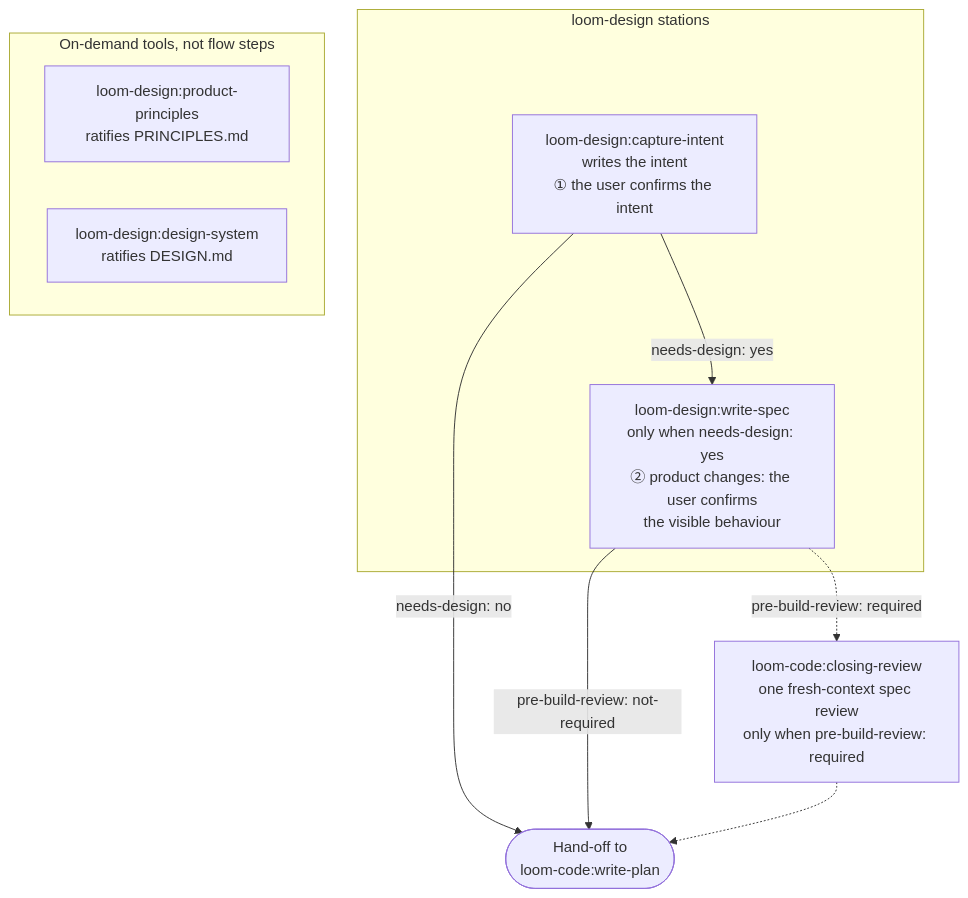
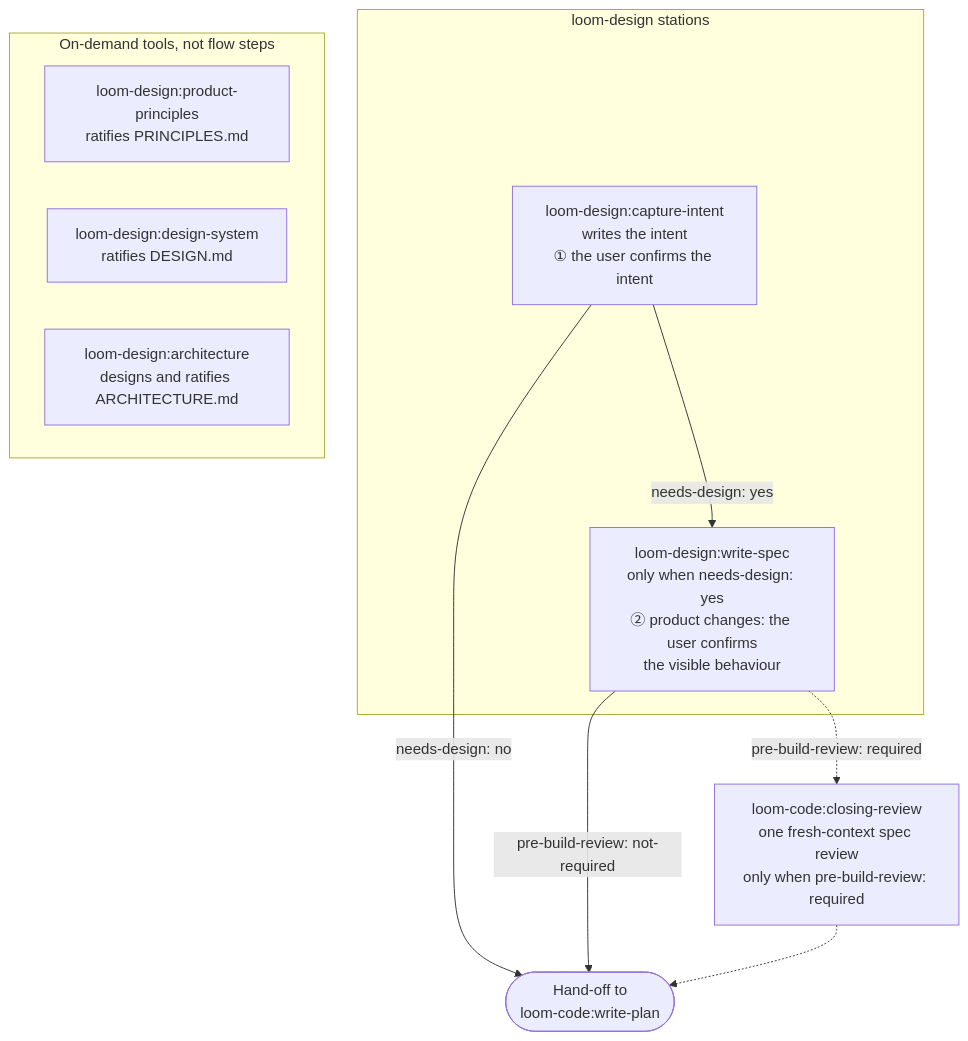
The diagram in loom-design/README.md (kouko/loom-plugins), drawn with Mermaid before and after one commit. The commit also changed other lines of this file and 53 other files, not shown here.

First line of the commit message:
feat(loom-design): add an architecture tool that designs ARCHITECTURE.md and holds changes to it (#54)

````diff
--- a/loom-design/README.md
+++ b/loom-design/README.md
@@ -18,21 +18,22 @@
 ```mermaid
 flowchart TD
     subgraph stations["loom-design stations"]
         intent["loom-design:capture-intent<br/>writes the intent<br/>① the user confirms the intent"]
         spec["loom-design:write-spec<br/>only when needs-design: yes<br/>② product changes: the user confirms<br/>the visible behaviour"]
     end
 
     specreview["loom-code:closing-review<br/>one fresh-context spec review<br/>only when pre-build-review: required"]
     plan(["Hand-off to<br/>loom-code:write-plan"])
 
     subgraph tools["On-demand tools, not flow steps"]
         principles["loom-design:product-principles<br/>ratifies PRINCIPLES.md"]
         designsys["loom-design:design-system<br/>ratifies DESIGN.md"]
+        arch["loom-design:architecture<br/>designs and ratifies ARCHITECTURE.md"]
     end
 
     intent -->|"needs-design: yes"| spec
     intent -->|"needs-design: no"| plan
     spec -->|"pre-build-review: not-required"| plan
     spec -.->|"pre-build-review: required"| specreview
     specreview -.-> plan
 ```
````
